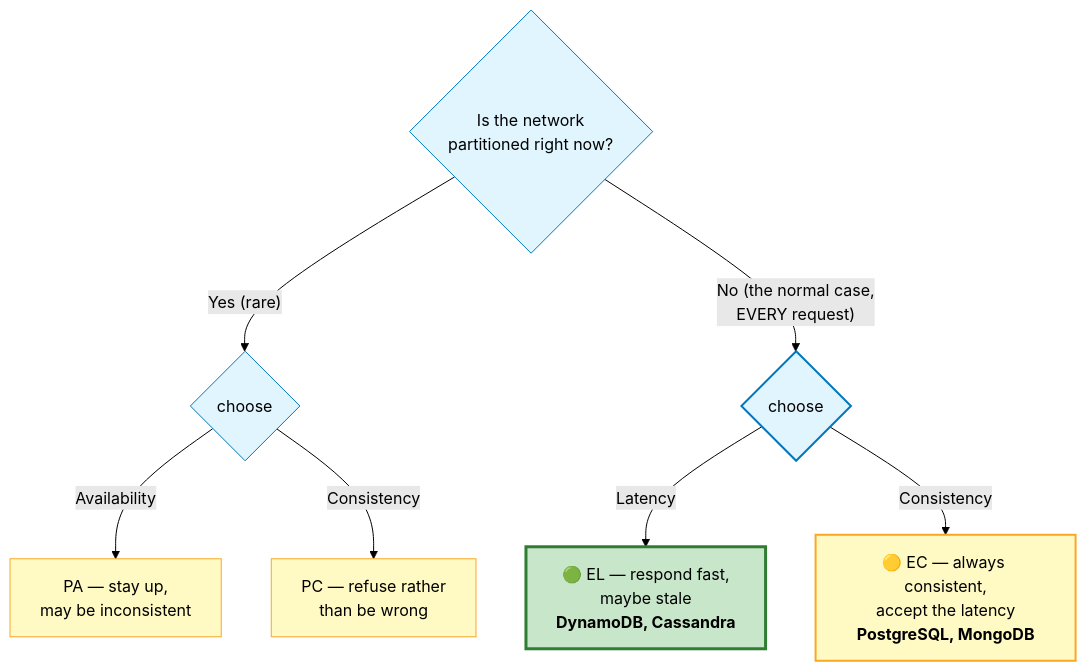
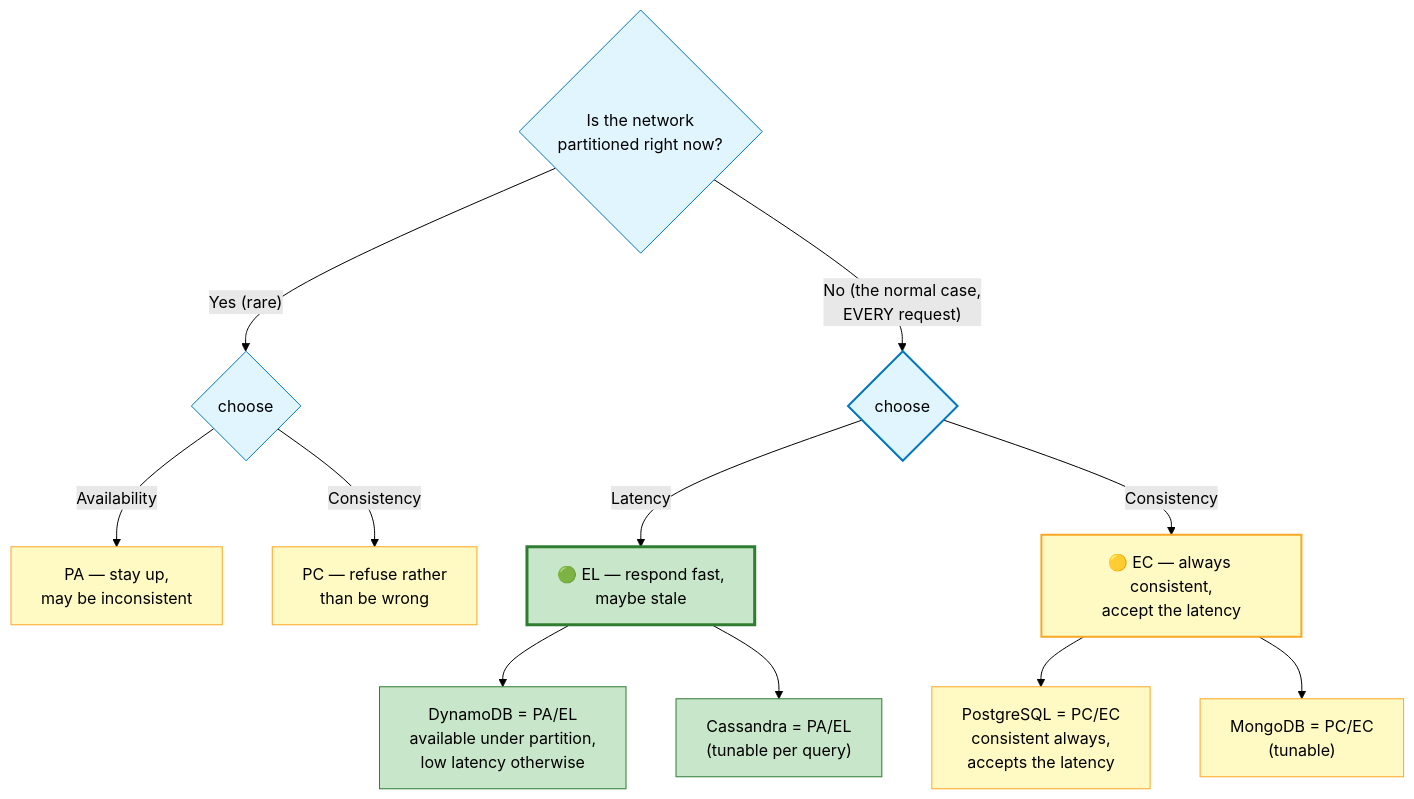
Before and after one commit to stormdigger/Interviewzz: diagram 17 of 27 in 05-system-design/00-fundamentals.md, drawn with Mermaid (forest theme). The commit also changed other lines of this file and 5 other files, not shown here.

````diff
--- a/05-system-design/00-fundamentals.md
+++ b/05-system-design/00-fundamentals.md
@@ -586,18 +490,27 @@
 ```mermaid
 flowchart TD
     Start{"Is the network<br/>partitioned right now?"}
     Start -->|"Yes (rare)"| PC{"choose"}
     PC -->|"Availability"| PA["PA — stay up,<br/>may be inconsistent"]
     PC -->|"Consistency"| PCn["PC — refuse rather<br/>than be wrong"]
     Start -->|"No (the normal case,<br/>EVERY request)"| EL{"choose"}
-    EL -->|"Latency"| ELn["🟢 EL — respond fast,<br/>maybe stale<br/><b>DynamoDB, Cassandra</b>"]
-    EL -->|"Consistency"| ECn["🟡 EC — always consistent,<br/>accept the latency<br/><b>PostgreSQL, MongoDB</b>"]
+    EL -->|"Latency"| ELn["🟢 EL — respond fast,<br/>maybe stale"]
+    EL -->|"Consistency"| ECn["🟡 EC — always consistent,<br/>accept the latency"]
+
+    ELn --> DynamoDB["DynamoDB = PA/EL<br/>available under partition,<br/>low latency otherwise"]
+    ELn --> Cassandra["Cassandra = PA/EL<br/>(tunable per query)"]
+    ECn --> Postgres["PostgreSQL = PC/EC<br/>consistent always,<br/>accepts the latency"]
+    ECn --> Mongo["MongoDB = PC/EC<br/>(tunable)"]
 
     style Start fill:#e1f5fe,stroke:#0277bd,color:#000
     style PC fill:#e1f5fe,stroke:#0277bd,color:#000
     style EL fill:#e1f5fe,stroke:#0277bd,stroke-width:2px,color:#000
     style PA fill:#fff9c4,stroke:#f9a825,color:#000
     style PCn fill:#fff9c4,stroke:#f9a825,color:#000
     style ELn fill:#c8e6c9,stroke:#2e7d32,stroke-width:3px,color:#000
     style ECn fill:#fff9c4,stroke:#f9a825,stroke-width:2px,color:#000
+    style DynamoDB fill:#c8e6c9,stroke:#2e7d32,color:#000
+    style Cassandra fill:#c8e6c9,stroke:#2e7d32,color:#000
+    style Postgres fill:#fff9c4,stroke:#f9a825,color:#000
+    style Mongo fill:#fff9c4,stroke:#f9a825,color:#000
 ```
````
